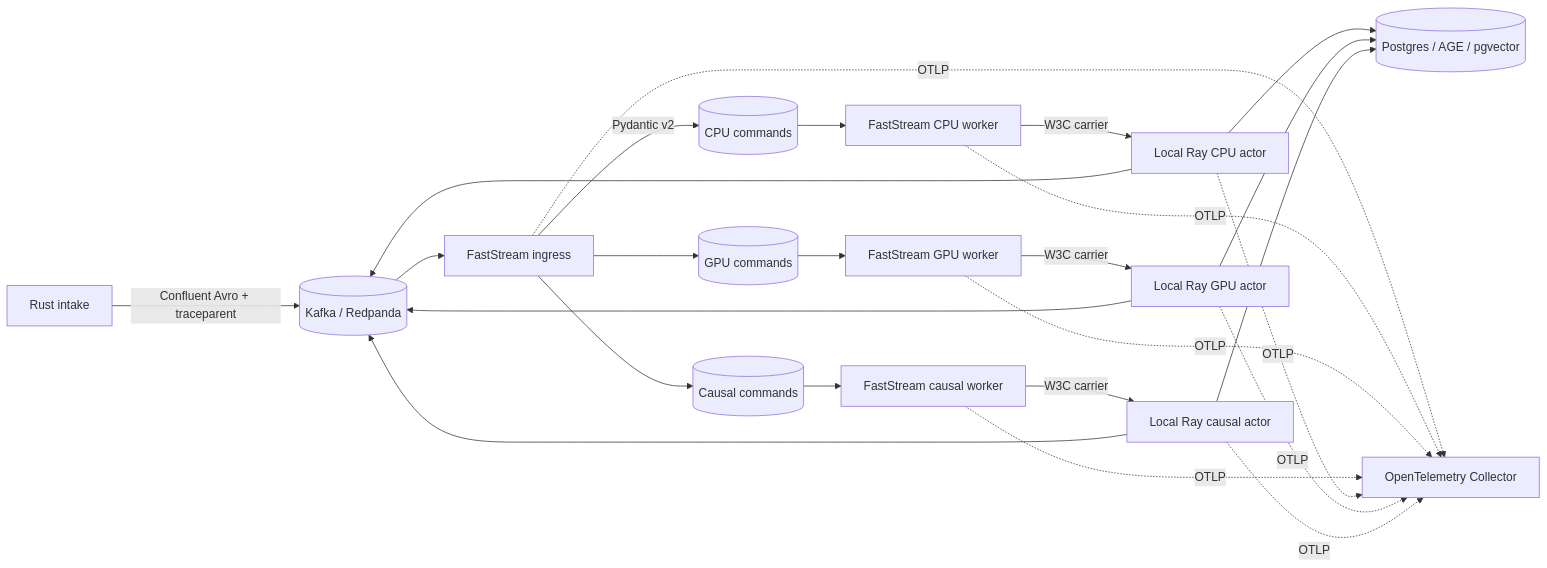
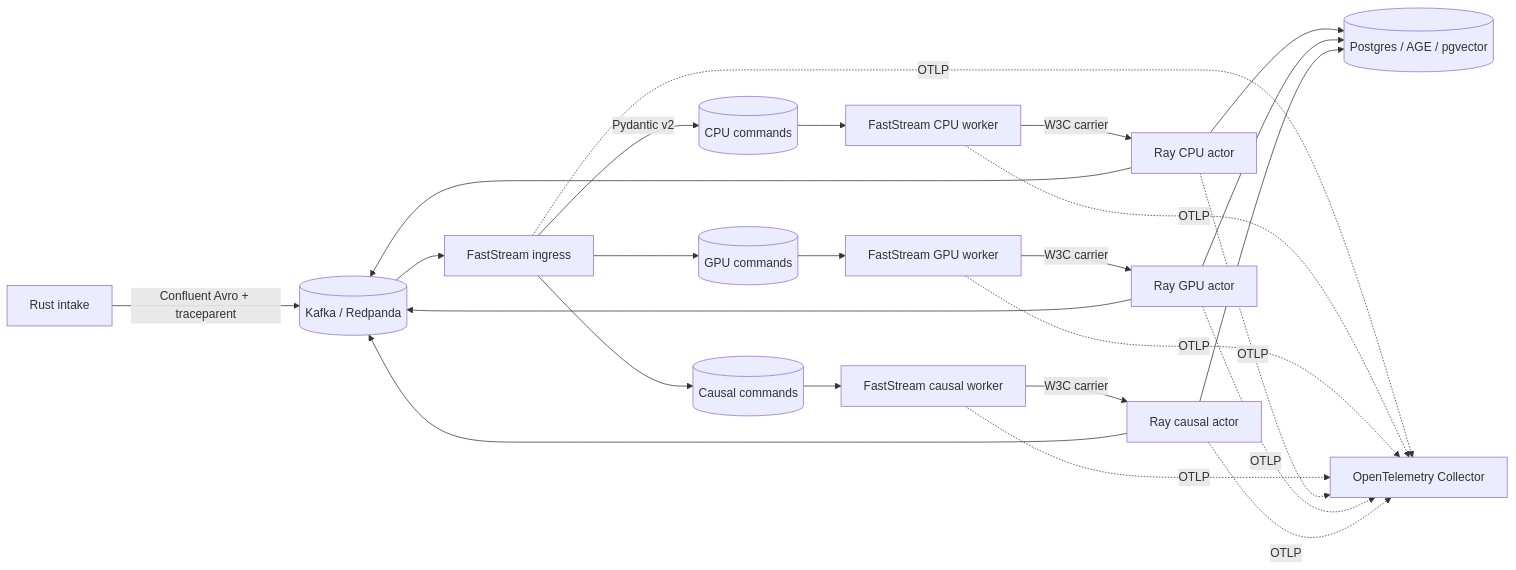
The diagram in platform/vision/README.md (Aeluin-Technologies/Galadril), drawn with Mermaid before and after one commit. The commit also changed other lines of this file and 7 other files, not shown here.

````diff
--- a/platform/vision/README.md
+++ b/platform/vision/README.md
@@ -14,27 +14,27 @@
 ```mermaid
 flowchart LR
     R["Rust intake"] -->|"Confluent Avro + traceparent"| K[("Kafka / Redpanda")]
     K --> I["FastStream ingress"]
     I -->|"Pydantic v2"| C[("CPU commands")]
     I --> G[("GPU commands")]
     I --> A[("Causal commands")]
     C --> CW["FastStream CPU worker"]
     G --> GW["FastStream GPU worker"]
     A --> AW["FastStream causal worker"]
-    CW -->|"W3C carrier"| RA["Local Ray CPU actor"]
-    GW -->|"W3C carrier"| RG["Local Ray GPU actor"]
-    AW -->|"W3C carrier"| RC["Local Ray causal actor"]
+    CW -->|"W3C carrier"| RA["Ray CPU actor"]
+    GW -->|"W3C carrier"| RG["Ray GPU actor"]
+    AW -->|"W3C carrier"| RC["Ray causal actor"]
     RA --> P[("Postgres / AGE / pgvector")]
     RG --> P
     RC --> P
     RA --> K
     RG --> K
     RC --> K
     I -. "OTLP" .-> O["OpenTelemetry Collector"]
     CW -. "OTLP" .-> O
     GW -. "OTLP" .-> O
     AW -. "OTLP" .-> O
     RA -. "OTLP" .-> O
     RG -. "OTLP" .-> O
     RC -. "OTLP" .-> O
 ```
````
